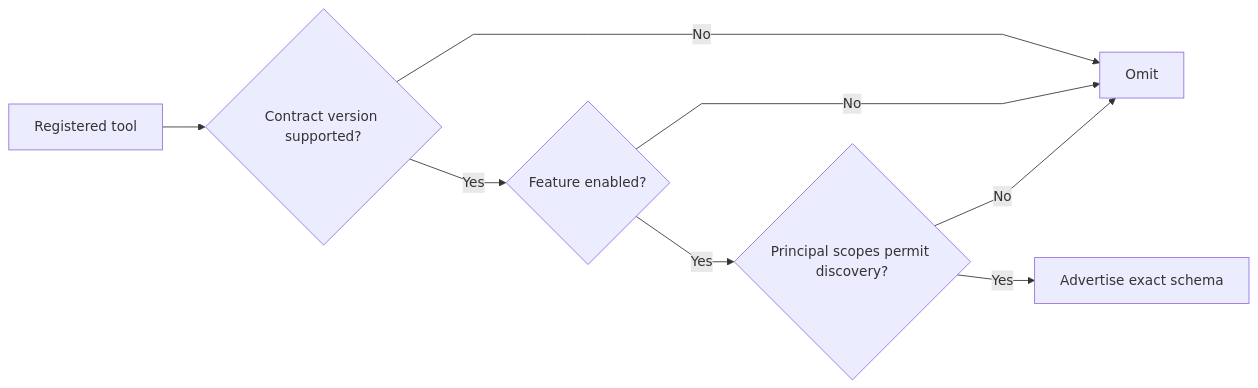
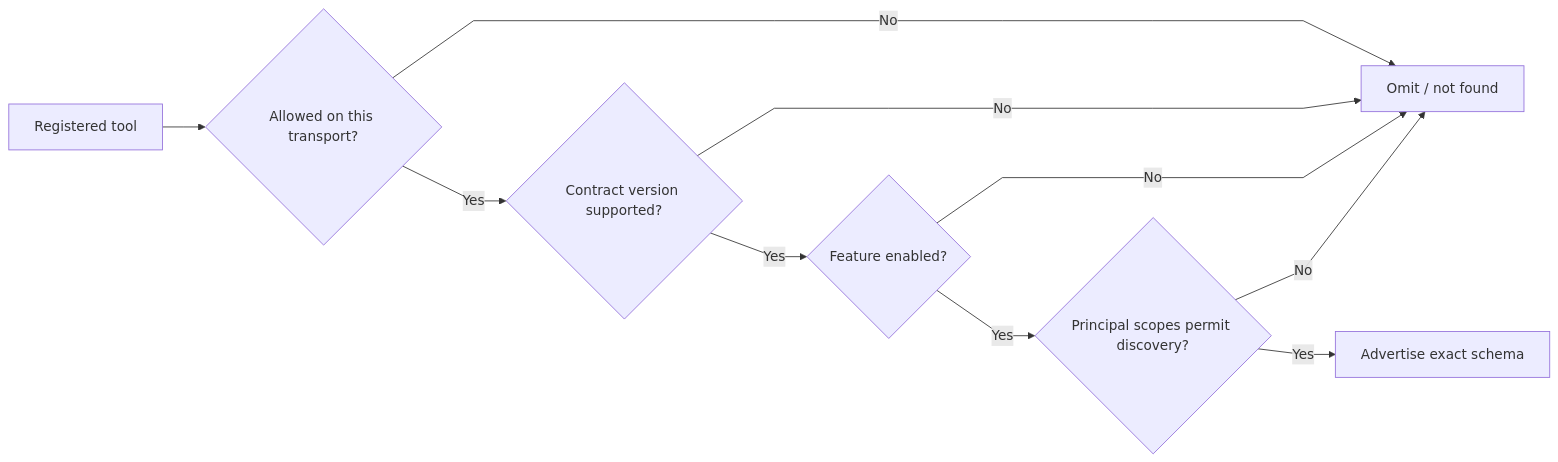
The eighth of 10 diagrams in Request-Lifecycle-And-Security.md (markhuangai/dense-mem), drawn with Mermaid before and after one commit. The commit also changed other lines of this file and 22 other files, not shown here.

````diff
--- a/Request-Lifecycle-And-Security.md
+++ b/Request-Lifecycle-And-Security.md
@@ -212,11 +212,13 @@
 ```mermaid
 %%{init: {"flowchart": {"curve": "linear"}}}%%
 flowchart LR
-  Registered["Registered tool"] --> Version{"Contract version supported?"}
-  Version -- No --> Missing["Omit"]
+  Registered["Registered tool"] --> Transport{"Allowed on this transport?"}
+  Transport -- No --> Missing["Omit / not found"]
+  Transport -- Yes --> Version{"Contract version supported?"}
+  Version -- No --> Missing
   Version -- Yes --> Feature{"Feature enabled?"}
   Feature -- No --> Missing
   Feature -- Yes --> Scope{"Principal scopes permit discovery?"}
   Scope -- No --> Missing
   Scope -- Yes --> Visible["Advertise exact schema"]
 ```
````
